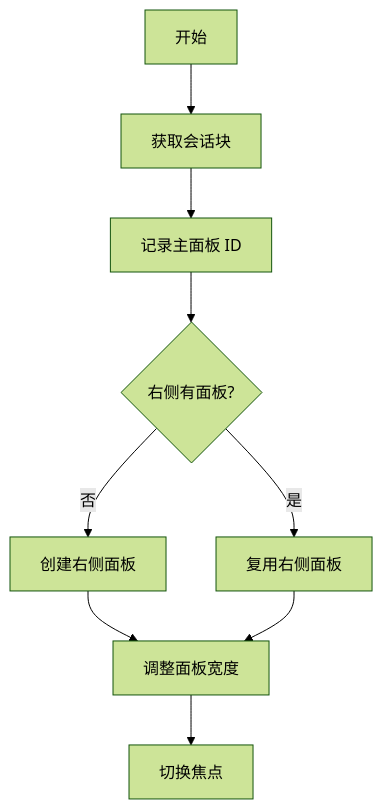
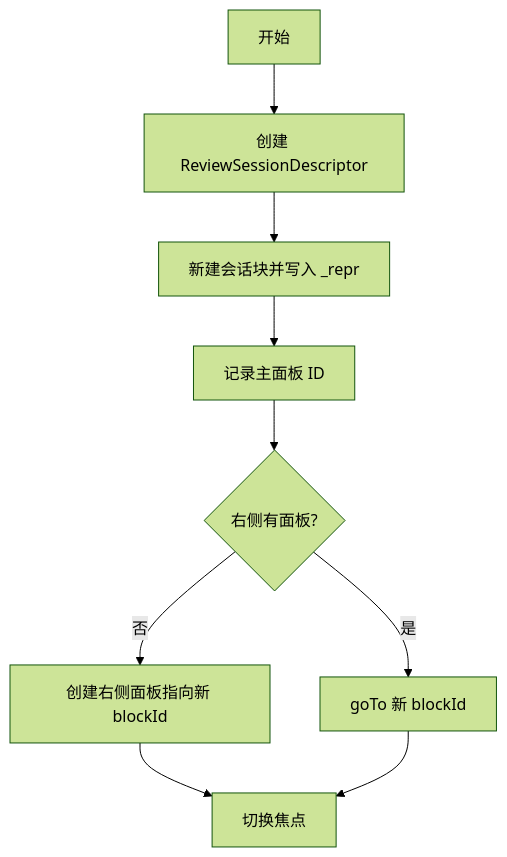
Before and after one commit to Samuelxiaozhuofeng/orca-srs-plugin: the third of 3 diagrams in 模块文档/SRS_复习队列管理.md, drawn with Mermaid (forest theme). The commit also changed other lines of this file and 50 other files, not shown here.

````diff
--- a/模块文档/SRS_复习队列管理.md
+++ b/模块文档/SRS_复习队列管理.md
@@ -198,11 +225,11 @@
 ```mermaid
 flowchart TD
-    A[开始] --> B[获取会话块]
-    B --> C[记录主面板 ID]
-    C --> D{右侧有面板?}
-    D -->|否| E[创建右侧面板]
-    D -->|是| F[复用右侧面板]
-    E --> G[调整面板宽度]
-    F --> G
-    G --> H[切换焦点]
+    A[开始] --> B[创建 ReviewSessionDescriptor]
+    B --> C[新建会话块并写入 _repr]
+    C --> D[记录主面板 ID]
+    D --> E{右侧有面板?}
+    E -->|否| F[创建右侧面板指向新 blockId]
+    E -->|是| G[goTo 新 blockId]
+    F --> H[切换焦点]
+    G --> H
 ```
````
